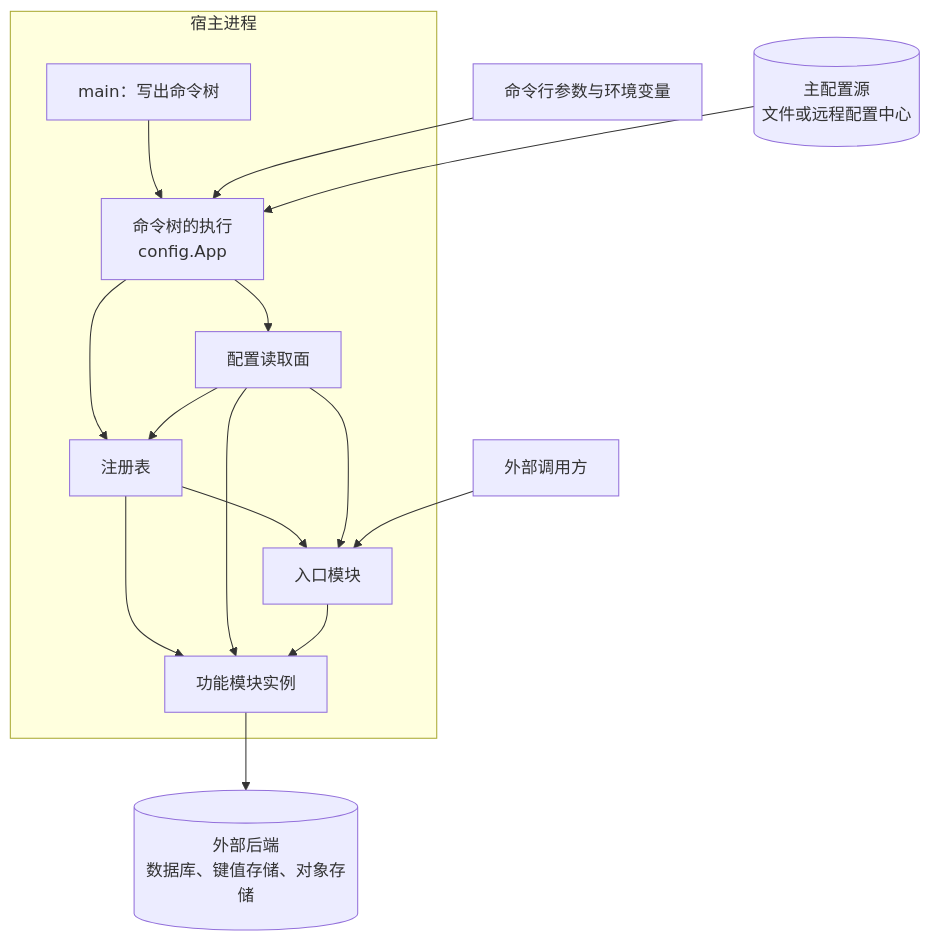
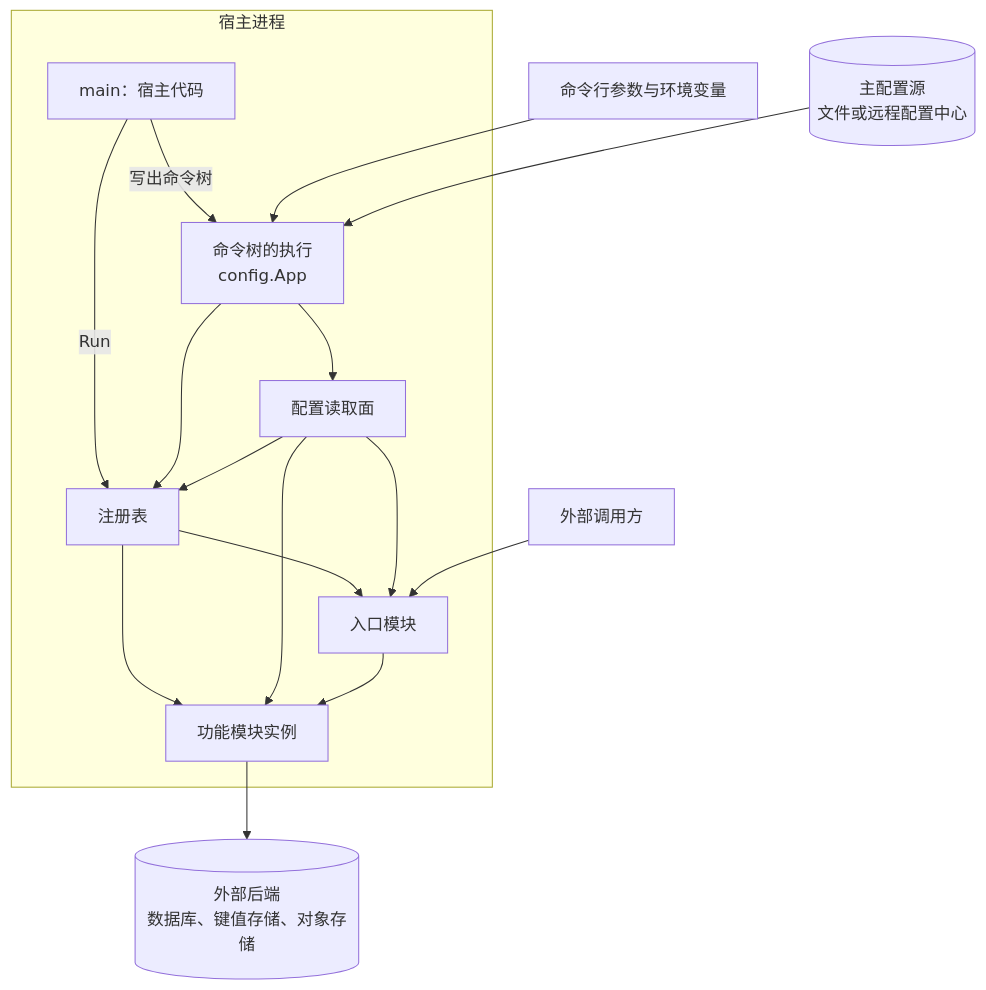
The second of 2 diagrams in docs/design/architecture.md (wangzw/speed), drawn with Mermaid before and after one commit. The commit also changed other lines of this file and 40 other files, not shown here.

````diff
--- a/docs/design/architecture.md
+++ b/docs/design/architecture.md
@@ -73,30 +73,31 @@
 ```mermaid
 graph TD
   cli["命令行参数与环境变量"]
   primary[("主配置源<br/>文件或远程配置中心")]
   client["外部调用方"]
   backend[("外部后端<br/>数据库、键值存储、对象存储")]
 
   subgraph proc["宿主进程"]
-    main["main：写出命令树"]
+    main["main：宿主代码"]
     exec["命令树的执行<br/>config.App"]
     registry["注册表"]
     cfg["配置读取面"]
     entry["入口模块"]
     instances["功能模块实例"]
-    main --> exec
+    main -->|写出命令树| exec
+    main -->|Run| registry
     exec --> cfg
     exec --> registry
     cfg --> registry
     registry --> entry
     registry --> instances
     cfg --> instances
     cfg --> entry
     entry --> instances
   end
 
   cli --> exec
   primary --> exec
   client --> entry
   instances --> backend
 ```
````
